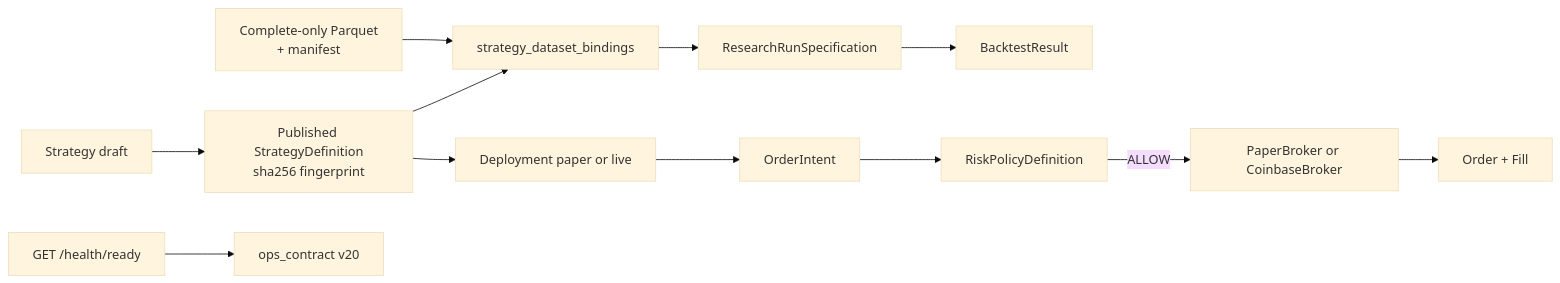
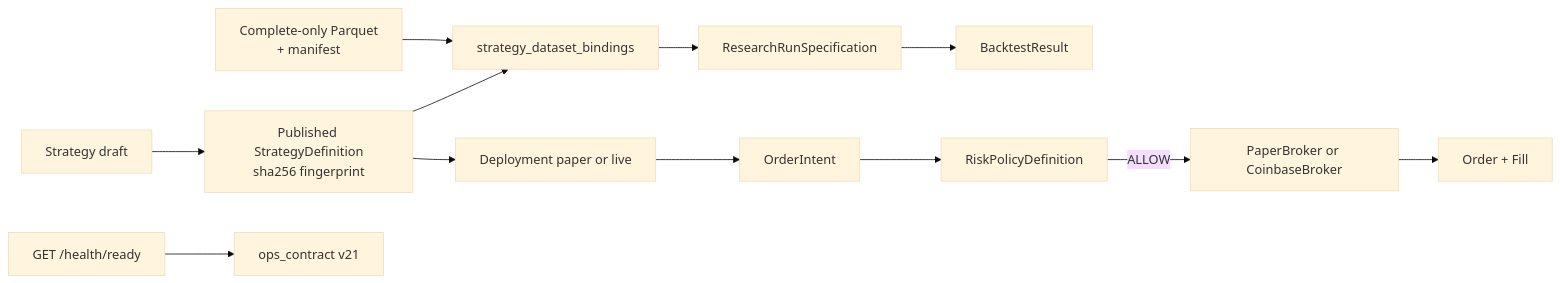
Before and after one commit to Zoltesh/thytrader: the diagram in docs/architecture/contracts/README.md, drawn with Mermaid (base theme). The commit also changed 65 other files, not shown here.

````diff
--- a/docs/architecture/contracts/README.md
+++ b/docs/architecture/contracts/README.md
@@ -20,14 +20,14 @@
 ```mermaid
 flowchart LR
   Draft["Strategy draft"] --> Published["Published StrategyDefinition\nsha256 fingerprint"]
   Dataset["Complete-only Parquet\n+ manifest"] --> Binding["strategy_dataset_bindings"]
   Published --> Binding
   Binding --> RunSpec["ResearchRunSpecification"]
   RunSpec --> Result["BacktestResult"]
   Published --> Deploy["Deployment paper or live"]
   Deploy --> Intent["OrderIntent"]
   Intent --> Risk["RiskPolicyDefinition"]
   Risk -->|ALLOW| Broker["PaperBroker or CoinbaseBroker"]
   Broker --> Order["Order + Fill"]
-  Health["GET /health/ready"] --> Ops["ops_contract v20"]
+  Health["GET /health/ready"] --> Ops["ops_contract v21"]
 ```
````
